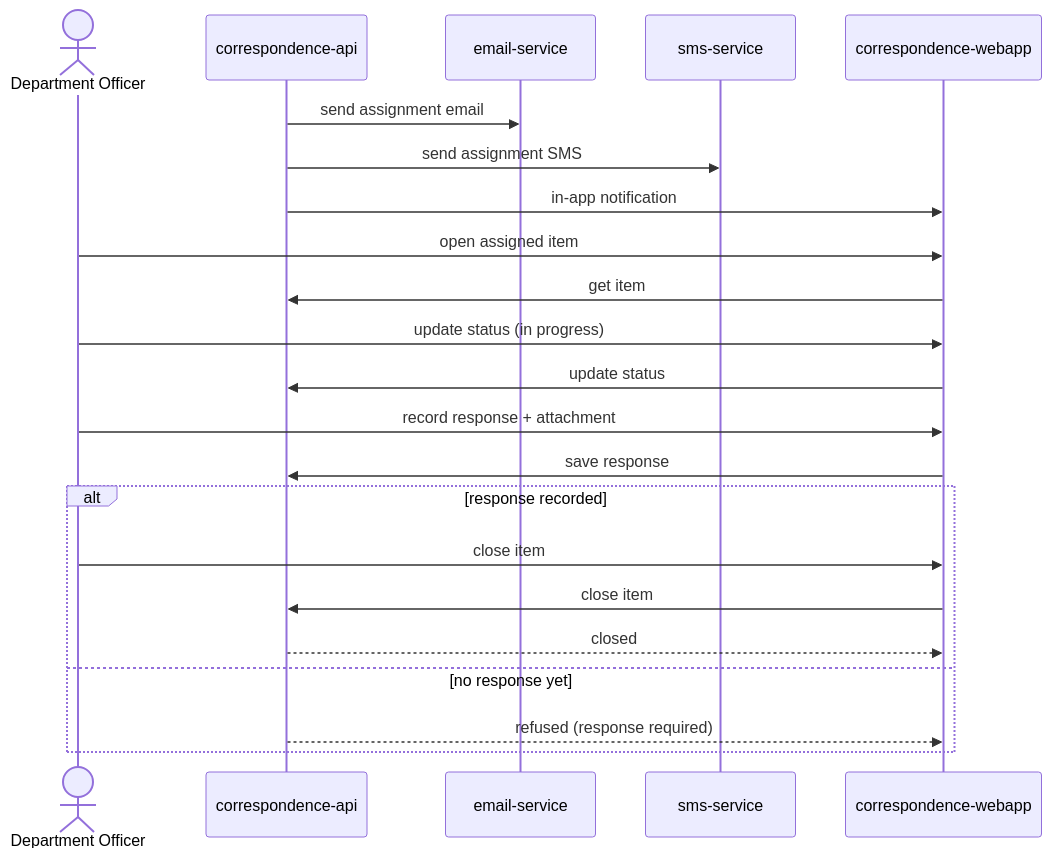
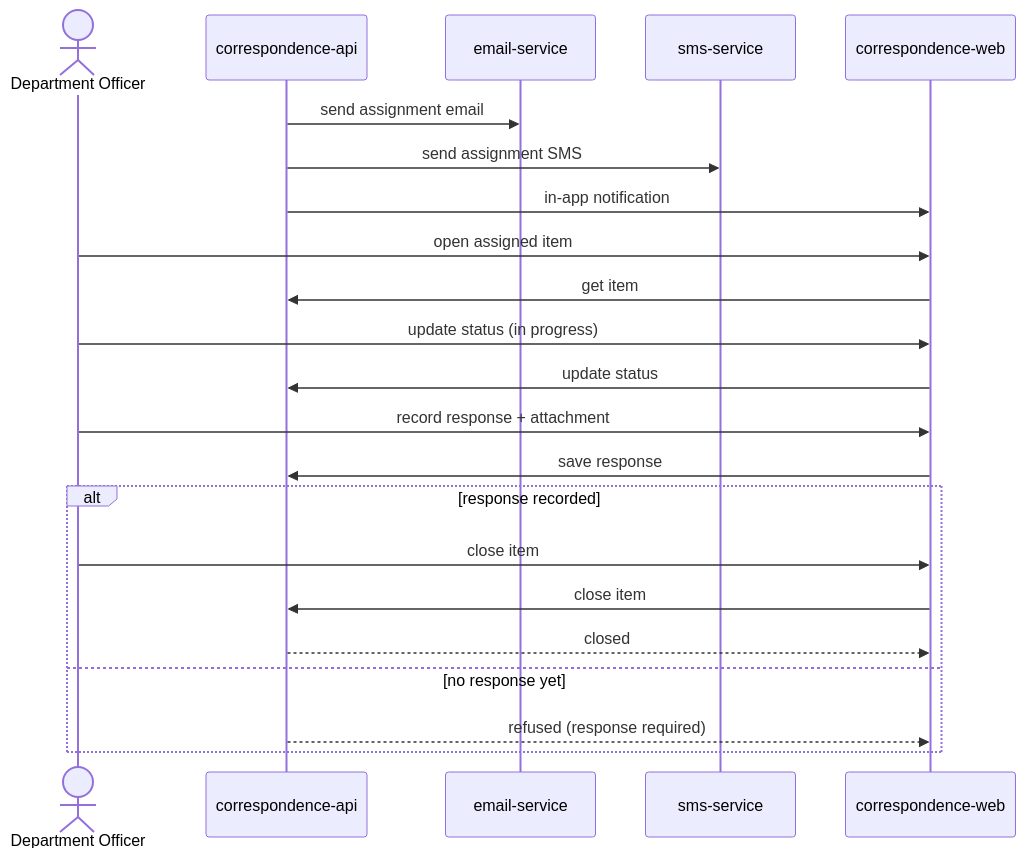
The diagram in specs/design/flows/handling-and-closure.md (ae-demo/manage-incoming-correspondence), drawn with Mermaid before and after one commit. The commit also changed 57 other files, not shown here.

First line of the commit message:
rename correspondence-webapp to correspondence-web

````diff
--- a/specs/design/flows/handling-and-closure.md
+++ b/specs/design/flows/handling-and-closure.md
@@ -6,28 +6,28 @@
 ```mermaid
 sequenceDiagram
     actor DepartmentOfficer as Department Officer
     participant correspondenceapi as correspondence-api
     participant emailservice as email-service
     participant smsservice as sms-service
-    participant correspondencewebapp as correspondence-webapp
+    participant correspondenceweb as correspondence-web
 
     correspondenceapi->>emailservice: send assignment email
     correspondenceapi->>smsservice: send assignment SMS
-    correspondenceapi->>correspondencewebapp: in-app notification
+    correspondenceapi->>correspondenceweb: in-app notification
 
-    DepartmentOfficer->>correspondencewebapp: open assigned item
-    correspondencewebapp->>correspondenceapi: get item
-    DepartmentOfficer->>correspondencewebapp: update status (in progress)
-    correspondencewebapp->>correspondenceapi: update status
+    DepartmentOfficer->>correspondenceweb: open assigned item
+    correspondenceweb->>correspondenceapi: get item
+    DepartmentOfficer->>correspondenceweb: update status (in progress)
+    correspondenceweb->>correspondenceapi: update status
 
-    DepartmentOfficer->>correspondencewebapp: record response + attachment
-    correspondencewebapp->>correspondenceapi: save response
+    DepartmentOfficer->>correspondenceweb: record response + attachment
+    correspondenceweb->>correspondenceapi: save response
 
     alt response recorded
-        DepartmentOfficer->>correspondencewebapp: close item
-        correspondencewebapp->>correspondenceapi: close item
-        correspondenceapi-->>correspondencewebapp: closed
+        DepartmentOfficer->>correspondenceweb: close item
+        correspondenceweb->>correspondenceapi: close item
+        correspondenceapi-->>correspondenceweb: closed
     else no response yet
-        correspondenceapi-->>correspondencewebapp: refused (response required)
+        correspondenceapi-->>correspondenceweb: refused (response required)
     end
 ```
````
